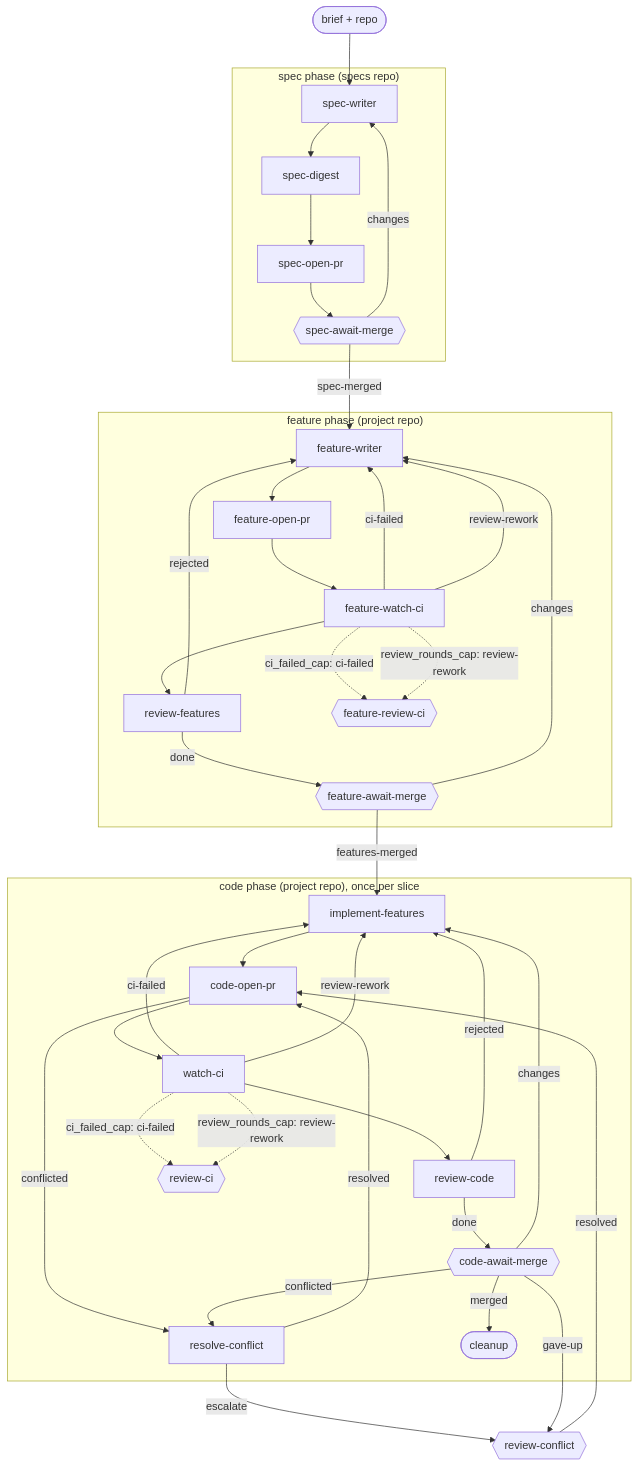
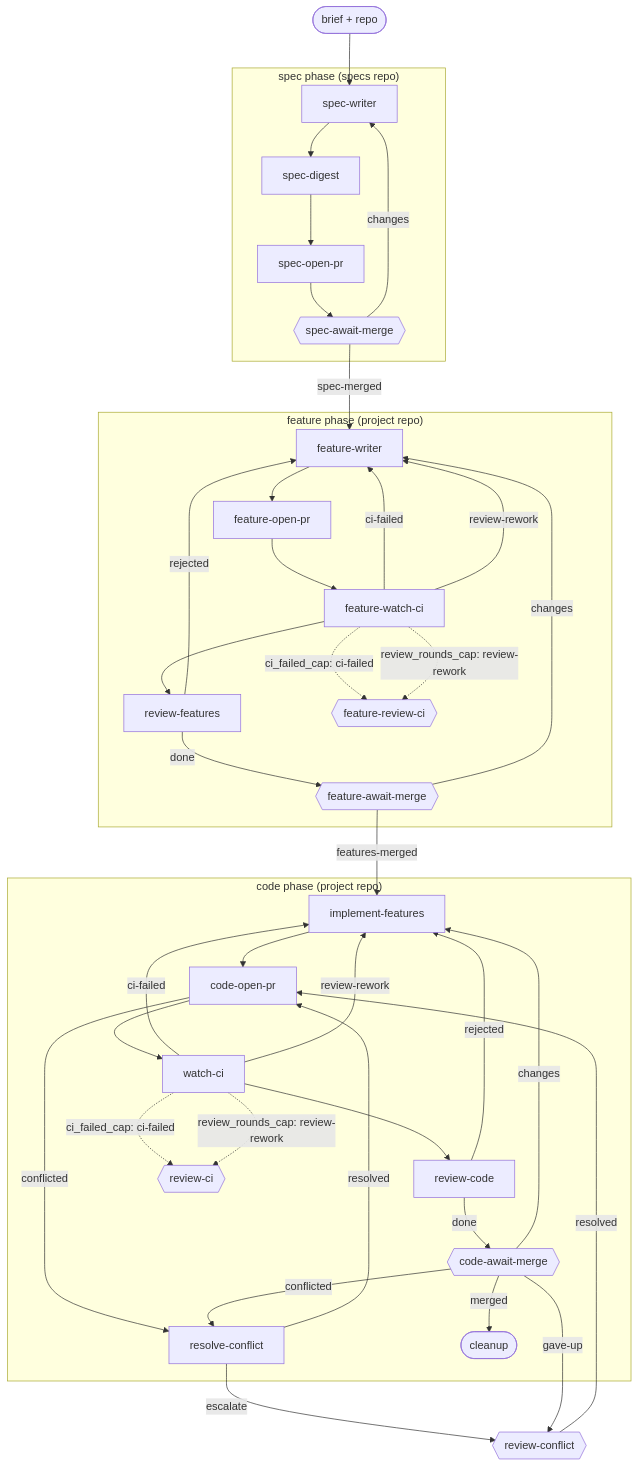
The diagram in docs/bdd-driven.md (kenmclennan/lightcycle-workflows), drawn with Mermaid before and after one commit. The commit also changed other lines of this file and 17 other files, not shown here.

````diff
--- a/docs/bdd-driven.md
+++ b/docs/bdd-driven.md
@@ -15,37 +15,37 @@
 ```mermaid
 flowchart TD
     brief(["brief + repo"]) --> SW["spec-writer"]
     subgraph S ["spec phase (specs repo)"]
         SW --> SD["spec-digest"] --> SOP["spec-open-pr"] --> SAM{{"spec-await-merge"}}
         SAM -->|changes| SW
     end
     SAM -->|spec-merged| FW["feature-writer"]
     subgraph F ["feature phase (project repo)"]
         FW --> FOP["feature-open-pr"] --> FWCI["feature-watch-ci"] --> RF["review-features"]
         FWCI -->|ci-failed| FW
         FWCI -->|review-rework| FW
         FWCI -.->|"ci_failed_cap: ci-failed"| FRCI{{"feature-review-ci"}}
         FWCI -.->|"review_rounds_cap: review-rework"| FRCI
         RF -->|rejected| FW
         RF -->|done| FAM{{"feature-await-merge"}}
         FAM -->|changes| FW
     end
     FAM -->|features-merged| IF["implement-features"]
-    subgraph C ["code phase (project repo), once per slice"]
+    subgraph C ["code phase (project repo)"]
         IF --> COP["code-open-pr"] --> WCI["watch-ci"] --> RC["review-code"]
         WCI -->|ci-failed| IF
         WCI -->|review-rework| IF
         WCI -.->|"ci_failed_cap: ci-failed"| RCI{{"review-ci"}}
         WCI -.->|"review_rounds_cap: review-rework"| RCI
         RC -->|rejected| IF
         RC -->|done| CAM{{"code-await-merge"}}
         CAM -->|changes| IF
         COP -->|conflicted| RCF["resolve-conflict"]
         CAM -->|conflicted| RCF
         RCF -->|resolved| COP
         CAM -->|merged| CU(["cleanup"])
     end
     RCF -->|escalate| RCON{{"review-conflict"}}
     CAM -->|gave-up| RCON
     RCON -->|resolved| COP
 ```
````
